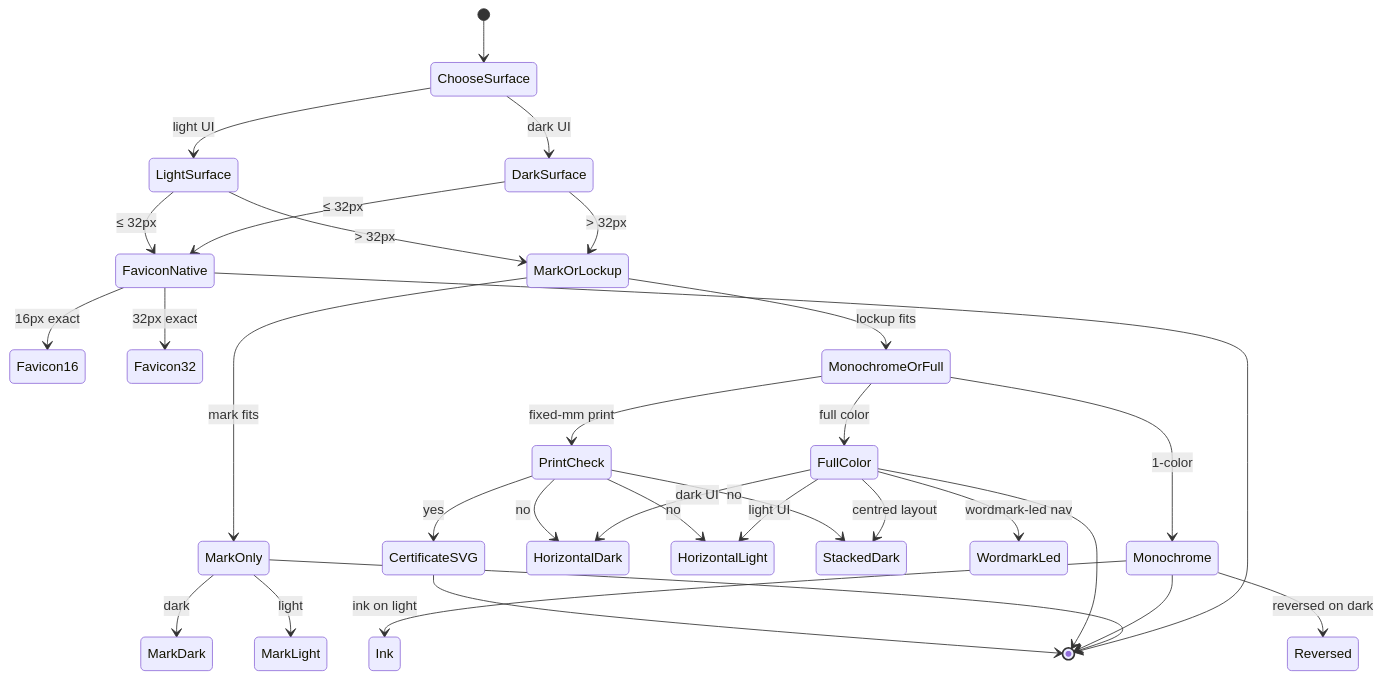
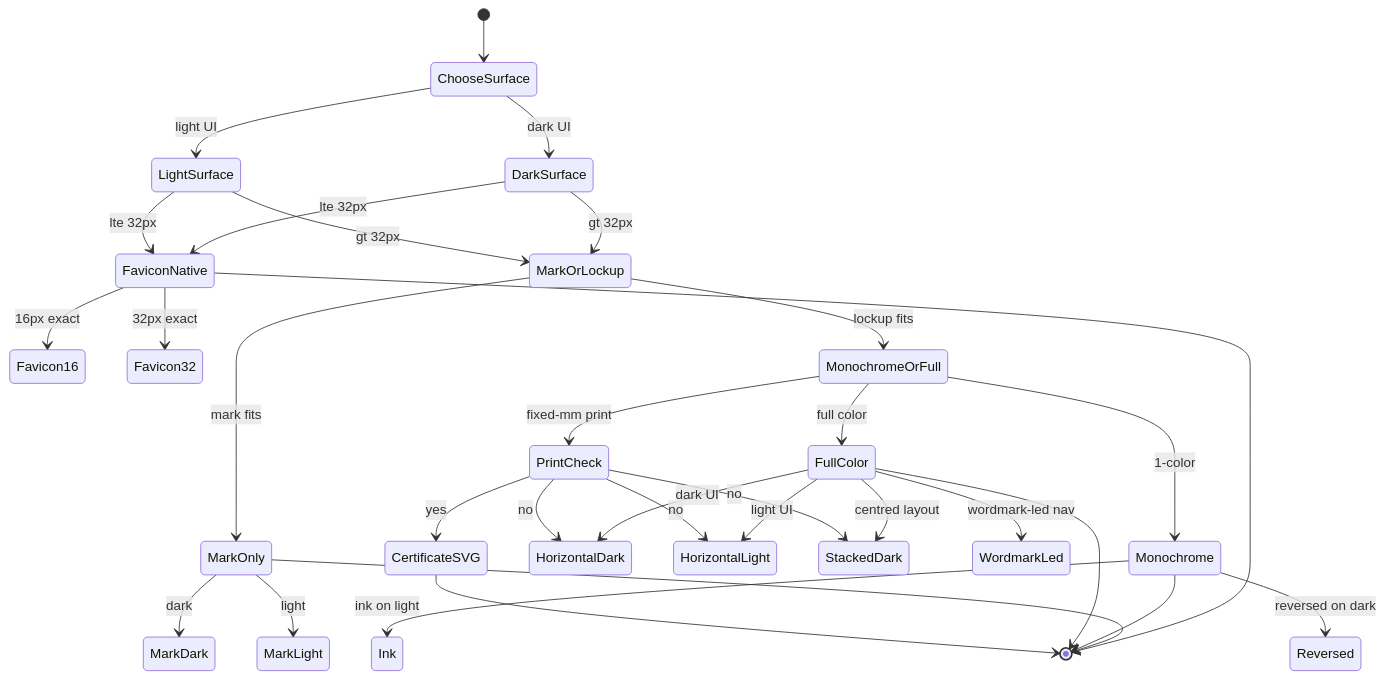
One commit to choksi2212/dogfood-hackathon changed the diagram in web/public/hack-hamster-logo/USAGE.md. Above: the diagram before and after it, drawn with Mermaid. The commit also changed 20 other files, not shown here.

First line of the commit message:
Fix mermaid parse errors across 21 docs

````diff
--- a/web/public/hack-hamster-logo/USAGE.md
+++ b/web/public/hack-hamster-logo/USAGE.md
@@ -20,44 +20,44 @@
 ```mermaid
 stateDiagram-v2
     [*] --> ChooseSurface
 
     ChooseSurface --> DarkSurface : dark UI
     ChooseSurface --> LightSurface : light UI
 
-    DarkSurface --> FaviconNative : ≤ 32px
-    DarkSurface --> MarkOrLockup : > 32px
-    LightSurface --> FaviconNative : ≤ 32px
-    LightSurface --> MarkOrLockup : > 32px
+    DarkSurface --> FaviconNative : lte 32px
+    DarkSurface --> MarkOrLockup : gt 32px
+    LightSurface --> FaviconNative : lte 32px
+    LightSurface --> MarkOrLockup : gt 32px
 
     FaviconNative --> Favicon16 : 16px exact
     FaviconNative --> Favicon32 : 32px exact
     FaviconNative --> [*]
 
     MarkOrLockup --> MarkOnly : mark fits
     MarkOrLockup --> MonochromeOrFull : lockup fits
 
     MarkOnly --> MarkDark : dark
     MarkOnly --> MarkLight : light
     MarkOnly --> [*]
 
     MonochromeOrFull --> Monochrome : 1-color
     MonochromeOrFull --> FullColor : full color
     MonochromeOrFull --> PrintCheck : fixed-mm print
 
     Monochrome --> Ink : ink on light
     Monochrome --> Reversed : reversed on dark
     Monochrome --> [*]
 
     FullColor --> HorizontalDark : dark UI
     FullColor --> HorizontalLight : light UI
     FullColor --> StackedDark : centred layout
     FullColor --> WordmarkLed : wordmark-led nav
     FullColor --> [*]
 
     PrintCheck --> CertificateSVG : yes
     PrintCheck --> HorizontalDark : no
     PrintCheck --> HorizontalLight : no
     PrintCheck --> StackedDark : no
 
     CertificateSVG --> [*]
 ```
````
